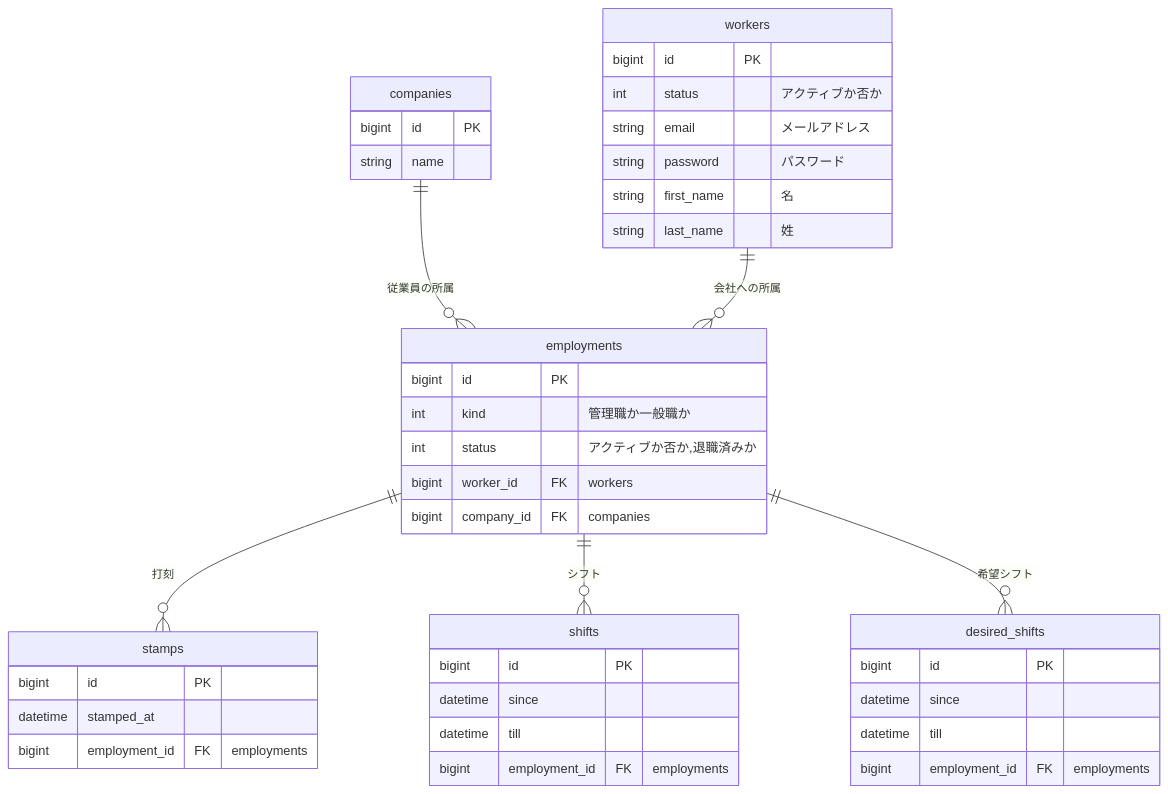
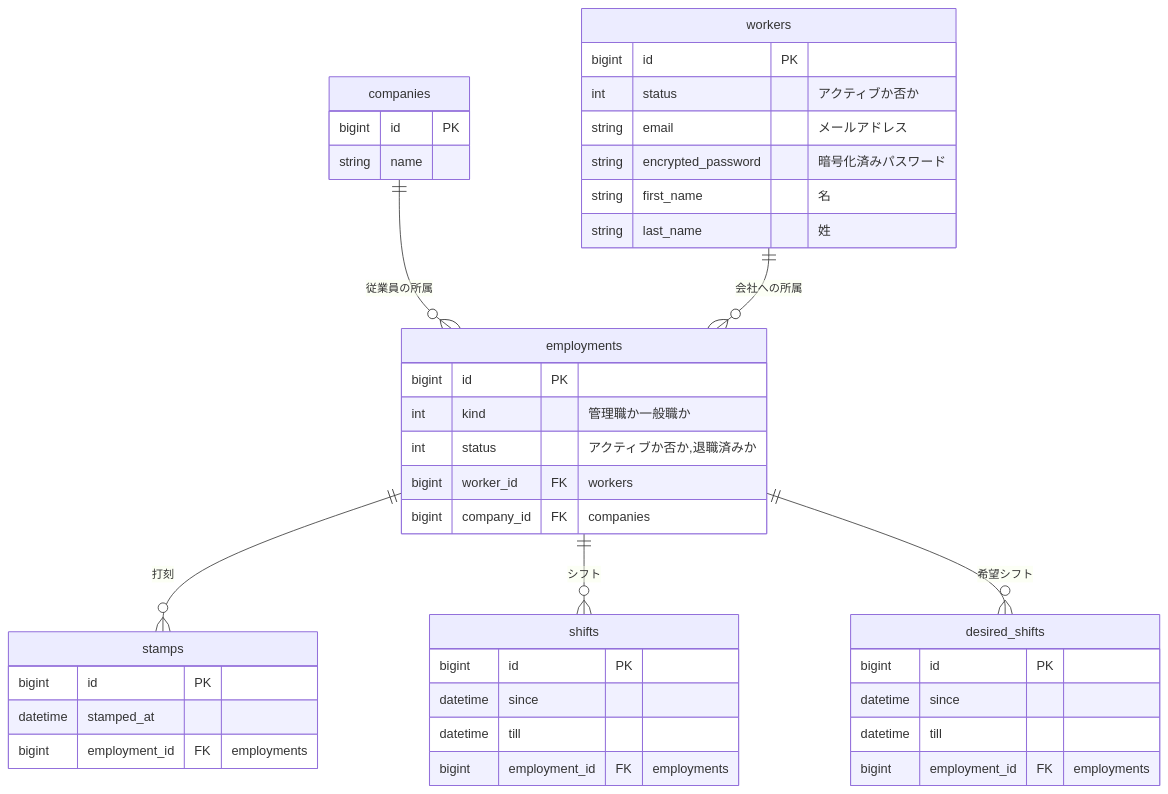
The diagram in db/er.md (piny940/kintai), drawn with Mermaid before and after one commit.

Commit message:
パスワードのカラムを追加

````diff
--- a/db/er.md
+++ b/db/er.md
@@ -1,46 +1,46 @@
 ```mermaid
 erDiagram
   companies ||--o{ employments : "従業員の所属"
   workers ||--o{ employments : "会社への所属"
   employments ||--o{ stamps : "打刻"
   employments ||--o{ shifts : "シフト"
   employments ||--o{ desired_shifts : "希望シフト"
 
   companies {
     bigint id PK
     string name
   }
   employments {
     bigint id PK
     int kind "管理職か一般職か"
     int status "アクティブか否か,退職済みか"
     bigint worker_id FK "workers"
     bigint company_id FK "companies"
   }
   workers {
     bigint id PK
     int status "アクティブか否か"
     string email "メールアドレス"
-    string password "パスワード"
+    string encrypted_password "暗号化済みパスワード"
     string first_name "名"
     string last_name "姓"
   }
 
   stamps {
     bigint id PK
     datetime stamped_at
     bigint employment_id FK "employments"
   }
   shifts {
     bigint id PK
     datetime since
     datetime till
     bigint employment_id FK "employments"
   }
   desired_shifts {
     bigint id PK
     datetime since
     datetime till
     bigint employment_id FK "employments"
   }
 ```
````
